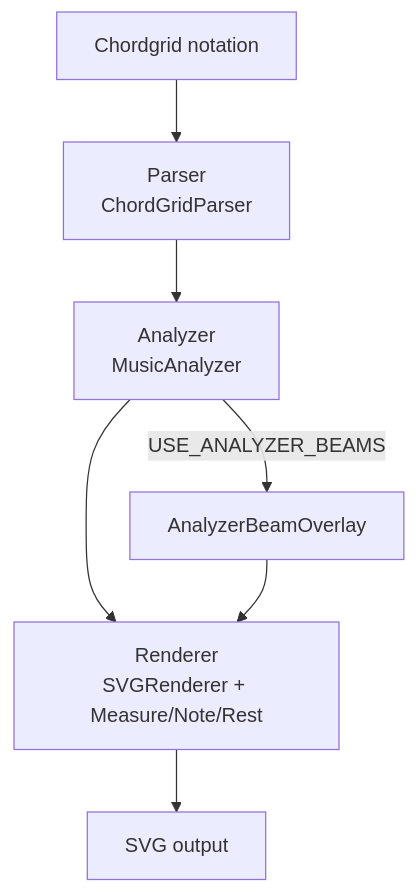
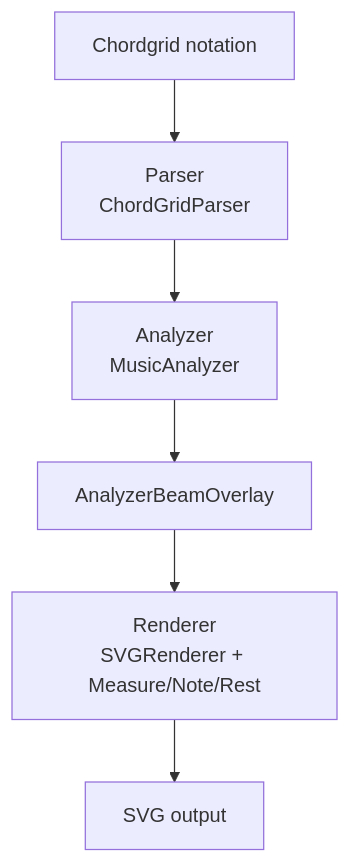
The diagram in README.md (MathieuCGit/ChordGrid_for_Obsidian), drawn with Mermaid before and after one commit. The commit also changed other lines of this file and 18 other files, not shown here.

First line of the commit message:
chore: release v2.0.0 - complete analyzer architecture migration

````diff
--- a/README.md
+++ b/README.md
@@ -255,9 +255,8 @@
 ```mermaid
 flowchart TD
     A[Chordgrid notation] --> B[Parser\nChordGridParser]
     B --> C[Analyzer\nMusicAnalyzer]
-    C --> D[Renderer\nSVGRenderer + Measure/Note/Rest]
-    C -->|USE_ANALYZER_BEAMS| E[AnalyzerBeamOverlay]
-    E --> D
-    D --> F[SVG output]
+    C --> D[AnalyzerBeamOverlay]
+    D --> E[Renderer\nSVGRenderer + Measure/Note/Rest]
+    E --> F[SVG output]
 ```
````
